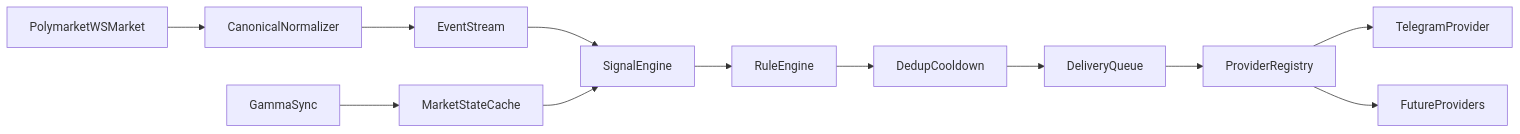
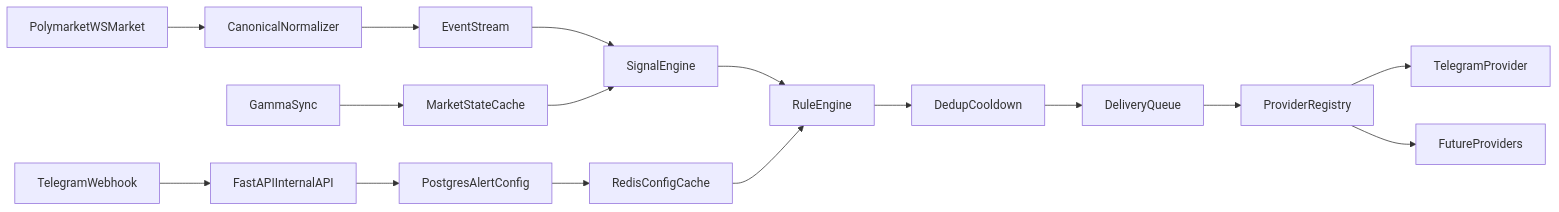
The first of 3 diagrams in docs/architecture/architecture-deck.md (MarchenkoRuslan/alarm_system), drawn with Mermaid before and after one commit. The commit also changed other lines of this file and 24 other files, not shown here.

First line of the commit message:
Implement interactive API and PostgreSQL integration for alert management

````diff
--- a/docs/architecture/architecture-deck.md
+++ b/docs/architecture/architecture-deck.md
@@ -29,14 +29,18 @@
 ```mermaid
 flowchart LR
   ws[PolymarketWSMarket] --> normalize[CanonicalNormalizer]
   gamma[GammaSync] --> marketState[MarketStateCache]
   normalize --> stream[EventStream]
   stream --> signals[SignalEngine]
   marketState --> signals
   signals --> rules[RuleEngine]
   rules --> dedup[DedupCooldown]
   dedup --> queue[DeliveryQueue]
   queue --> registry[ProviderRegistry]
   registry --> tg[TelegramProvider]
   registry --> ext[FutureProviders]
+  tgWebhook[TelegramWebhook] --> apiLayer[FastAPIInternalAPI]
+  apiLayer --> configTruth[PostgresAlertConfig]
+  configTruth --> configCache[RedisConfigCache]
+  configCache --> rules
 ```
````
